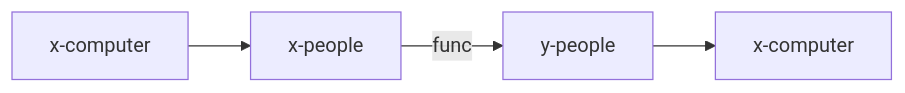
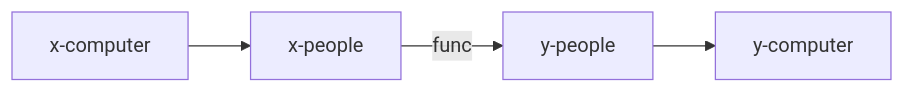
One commit to maueroats/teaching changed the diagram in content/intermediate-cs/ch08/number-review.md. Above: the diagram before and after it, drawn with Mermaid. The commit also changed 11 other files, not shown here.

```diff
--- a/content/intermediate-cs/ch08/number-review.md
+++ b/content/intermediate-cs/ch08/number-review.md
@@ -67,6 +67,6 @@
 {{< mermaid >}}
 graph LR;
    A[x-computer] --> B[x-people]
    B --> |func| C[y-people]
-   C --> D[x-computer]
+   C --> D[y-computer]
 {{< /mermaid >}}
```
